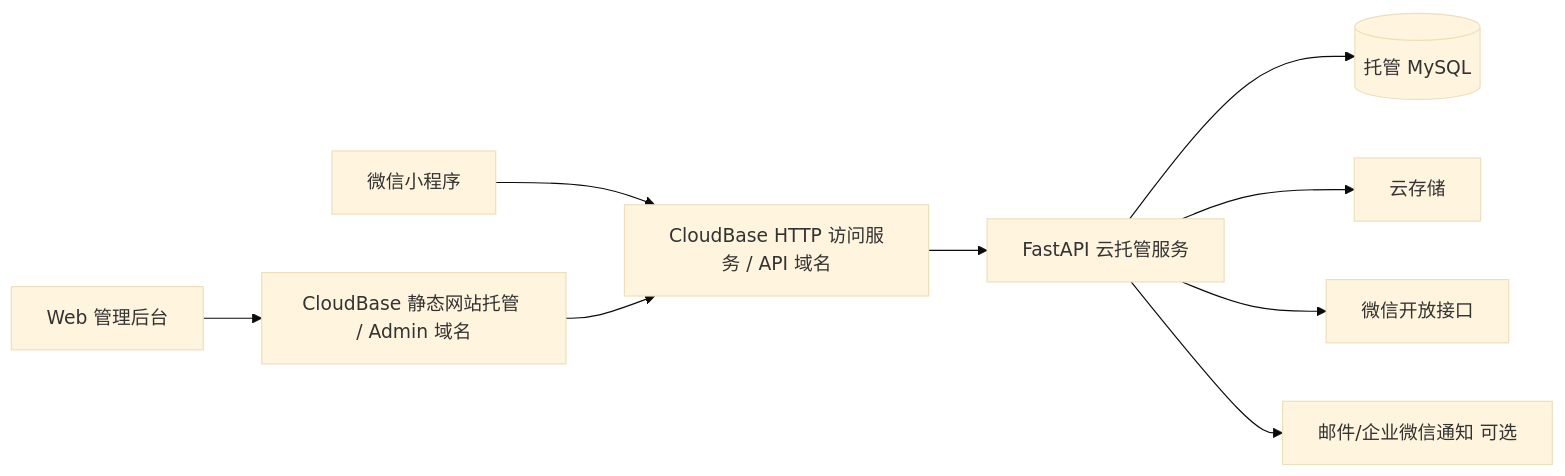
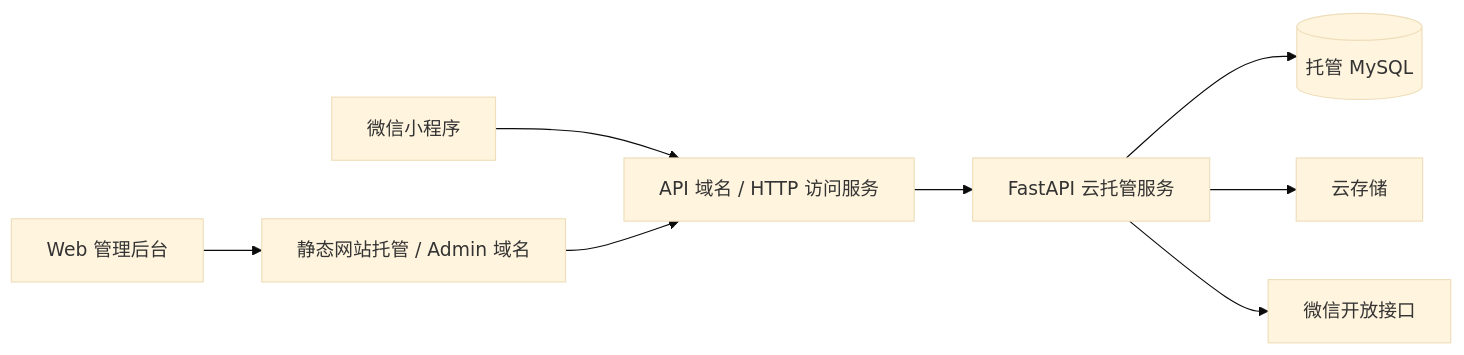
Before and after one commit to tangwenixng/YRFashion: the diagram in docs/04-MVP架构设计-Python后端版.md, drawn with Mermaid (base theme). The commit also changed other lines of this file and 2 other files, not shown here.

````diff
--- a/docs/04-MVP架构设计-Python后端版.md
+++ b/docs/04-MVP架构设计-Python后端版.md
@@ -72,11 +54,10 @@
 ```mermaid
 flowchart LR
-    A[微信小程序] --> B[CloudBase HTTP 访问服务 / API 域名]
-    C[Web 管理后台] --> D[CloudBase 静态网站托管 / Admin 域名]
+    A[微信小程序] --> B[API 域名 / HTTP 访问服务]
+    C[Web 管理后台] --> D[静态网站托管 / Admin 域名]
     D --> B
     B --> E[FastAPI 云托管服务]
     E --> F[(托管 MySQL)]
     E --> G[云存储]
     E --> H[微信开放接口]
-    E --> I[邮件/企业微信通知 可选]
 ```
````
